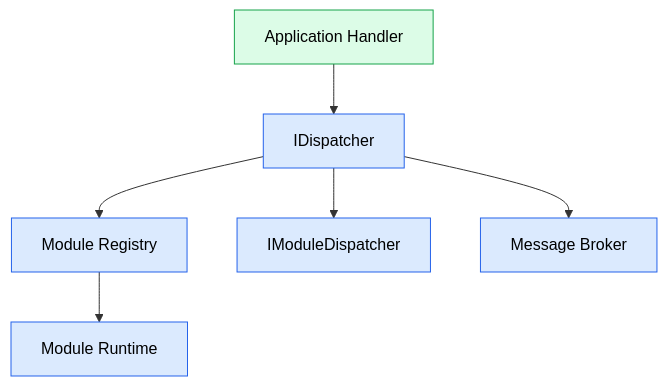
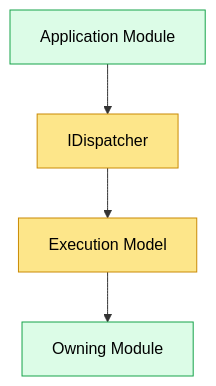
One commit to soufiane-rizk/Jobwize changed the first of 3 diagrams in docs/architecture/06-module-communication.md. Above: the diagram before and after it, drawn with Mermaid. The commit also changed other lines of this file and 10 other files, not shown here.

Commit message:
docs(architecture): document the new runtime architecture

````diff
--- a/docs/architecture/06-module-communication.md
+++ b/docs/architecture/06-module-communication.md
@@ -37,29 +36,23 @@
 ```mermaid
 flowchart TD
 
-    Handler["Application Handler"]
+    ModuleA["Application Module"]
 
     Dispatcher["IDispatcher"]
 
-    Registry["Module Registry"]
+    Execution["Execution Model"]
 
-    Runtime["Module Runtime"]
+    ModuleB["Owning Module"]
 
-    ModuleDispatcher["IModuleDispatcher"]
+    ModuleA --> Dispatcher
 
-    Broker["Message Broker"]
+    Dispatcher --> Execution
 
-    Handler --> Dispatcher
+    Execution --> ModuleB
 
-    Dispatcher --> Registry
-    Dispatcher --> ModuleDispatcher
-    Dispatcher --> Broker
+    classDef module fill:#dcfce7,stroke:#16a34a,color:#000;
+    classDef runtime fill:#fde68a,stroke:#ca8a04,color:#000;
 
-    Registry --> Runtime
-
-    classDef application fill:#dcfce7,stroke:#16a34a,color:#000;
-    classDef infrastructure fill:#dbeafe,stroke:#2563eb,color:#000;
-
-    class Handler application;
-    class Dispatcher,Registry,Runtime,ModuleDispatcher,Broker infrastructure;
+    class ModuleA,ModuleB module;
+    class Dispatcher,Execution runtime;
 ```
````
